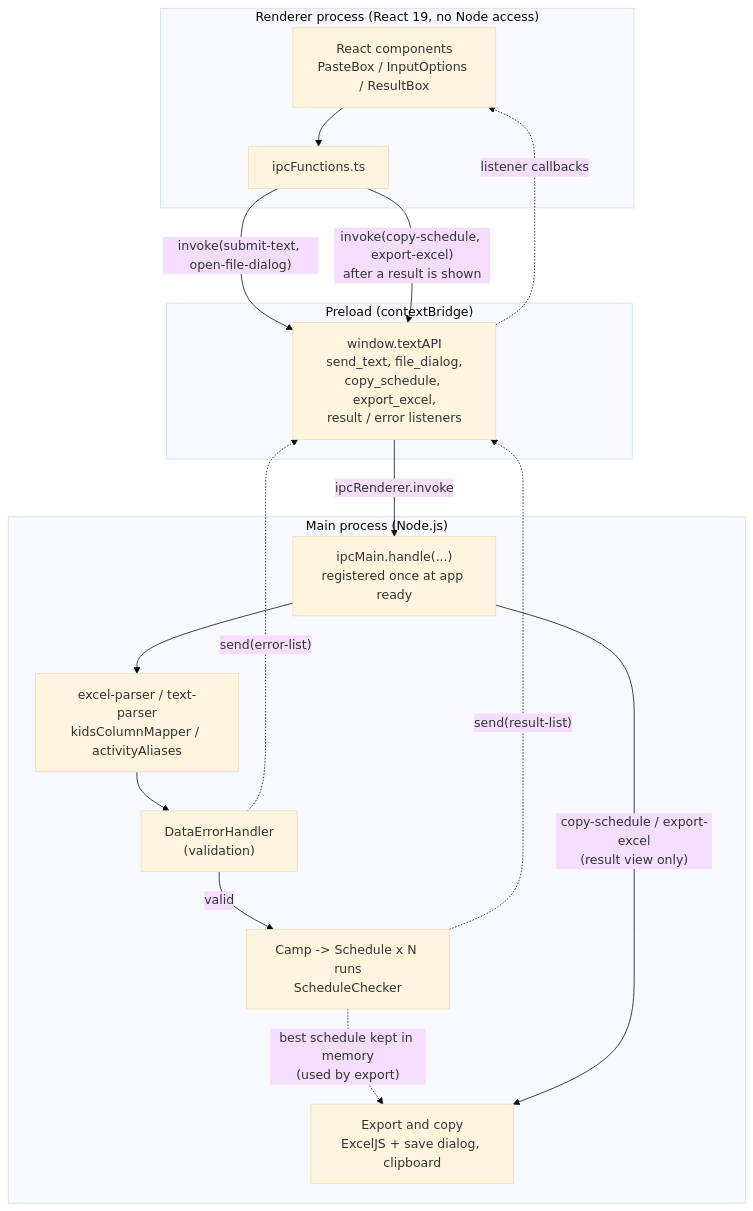
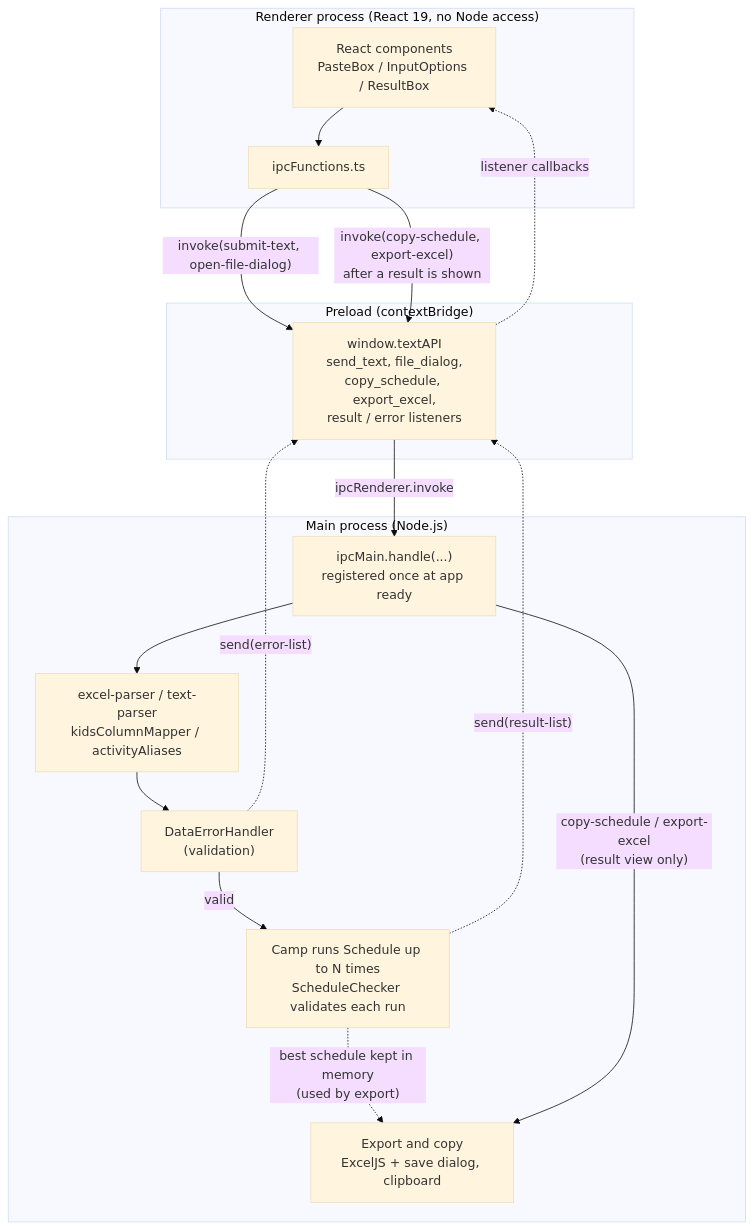
One commit to Darren-Haynes/NY-Sheriff-Summer-Camp-Scheduler changed the first of 2 diagrams in README.md. Above: the diagram before and after it, drawn with Mermaid (base theme).

Commit message:
docs: spell out the engine node label in the architecture diagram
'Schedule x N runs' was cryptic shorthand for Camp creating a Schedule up to N
times. Say that in words and note that ScheduleChecker validates each run.

````diff
--- a/README.md
+++ b/README.md
@@ -56,31 +56,31 @@
 ```mermaid
 flowchart TD
     subgraph Renderer["Renderer process (React 19, no Node access)"]
         UI["React components<br/>PasteBox / InputOptions / ResultBox"]
         IPCFN["ipcFunctions.ts"]
         UI --> IPCFN
     end
 
     subgraph Preload["Preload (contextBridge)"]
         API["window.textAPI<br/>send_text, file_dialog,<br/>copy_schedule, export_excel,<br/>result / error listeners"]
     end
 
     subgraph Main["Main process (Node.js)"]
         IPC["ipcMain.handle(...)<br/>registered once at app ready"]
         PARSE["excel-parser / text-parser<br/>kidsColumnMapper / activityAliases"]
         VALIDATE["DataErrorHandler<br/>(validation)"]
-        ENGINE["Camp -> Schedule x N runs<br/>ScheduleChecker"]
+        ENGINE["Camp runs Schedule up to N times<br/>ScheduleChecker validates each run"]
         OUT["Export and copy<br/>ExcelJS + save dialog, clipboard"]
         IPC --> PARSE --> VALIDATE
         VALIDATE -- valid --> ENGINE
         ENGINE -. "best schedule kept in memory<br/>(used by export)" .-> OUT
         IPC -- "copy-schedule / export-excel<br/>(result view only)" --> OUT
     end
 
     IPCFN -- "invoke(submit-text, open-file-dialog)" --> API
     IPCFN -- "invoke(copy-schedule, export-excel)<br/>after a result is shown" --> API
     API -- "ipcRenderer.invoke" --> IPC
     VALIDATE -. "send(error-list)" .-> API
     ENGINE -. "send(result-list)" .-> API
     API -. "listener callbacks" .-> UI
 ```
````
